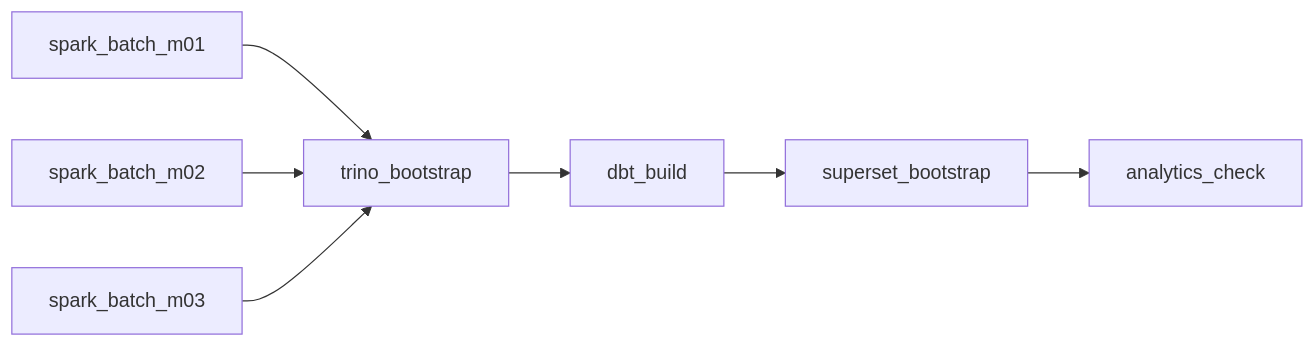
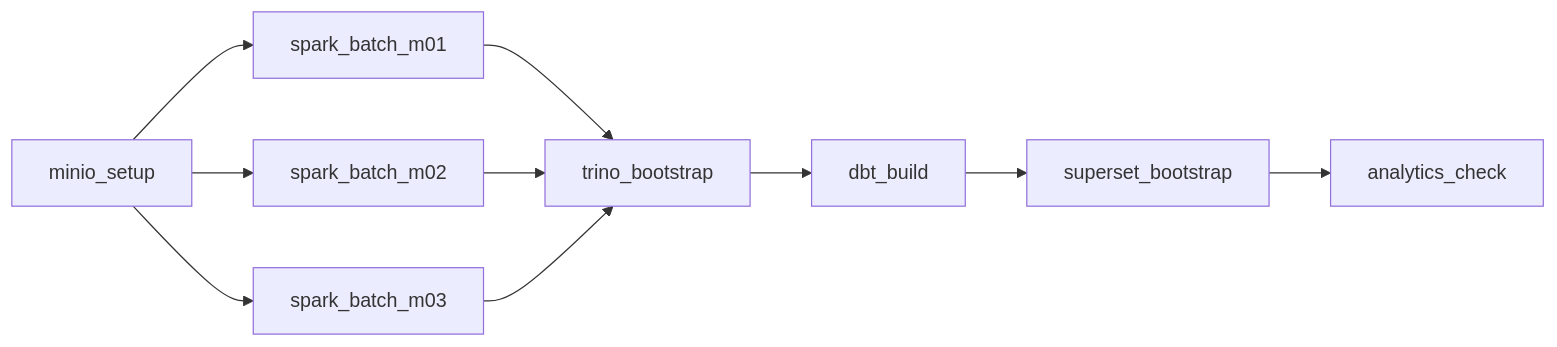
One commit to DawieMalmsteel/nyc_new changed the sixth of 8 diagrams in workflow.md. Above: the diagram before and after it, drawn with Mermaid. The commit also changed other lines of this file and 4 other files, not shown here.

First line of the commit message:
docs: Update docs for MinIO S3 architecture, add Vietnamese README

````diff
--- a/workflow.md
+++ b/workflow.md
@@ -279,7 +289,10 @@
 ```mermaid
 flowchart LR
-    M01[spark_batch_m01] & M02[spark_batch_m02] & M03[spark_batch_m03] --> TRINO[trino_bootstrap]
+    MINIO[minio_setup] --> M01[spark_batch_m01]
+    MINIO --> M02[spark_batch_m02]
+    MINIO --> M03[spark_batch_m03]
+    M01 & M02 & M03 --> TRINO[trino_bootstrap]
     TRINO --> DBT[dbt_build]
     DBT --> SUPERSET[superset_bootstrap]
     SUPERSET --> CHECK[analytics_check]
 ```
````
